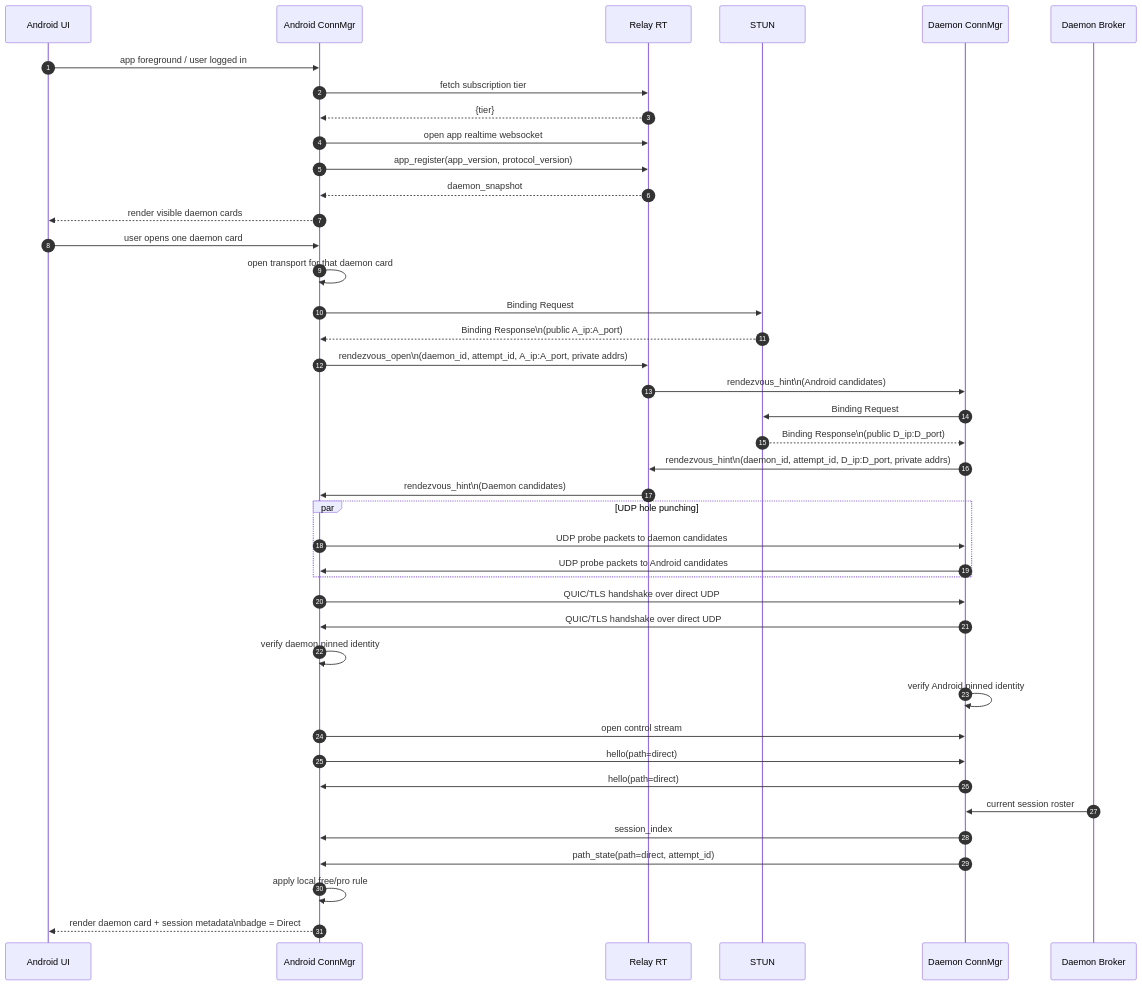
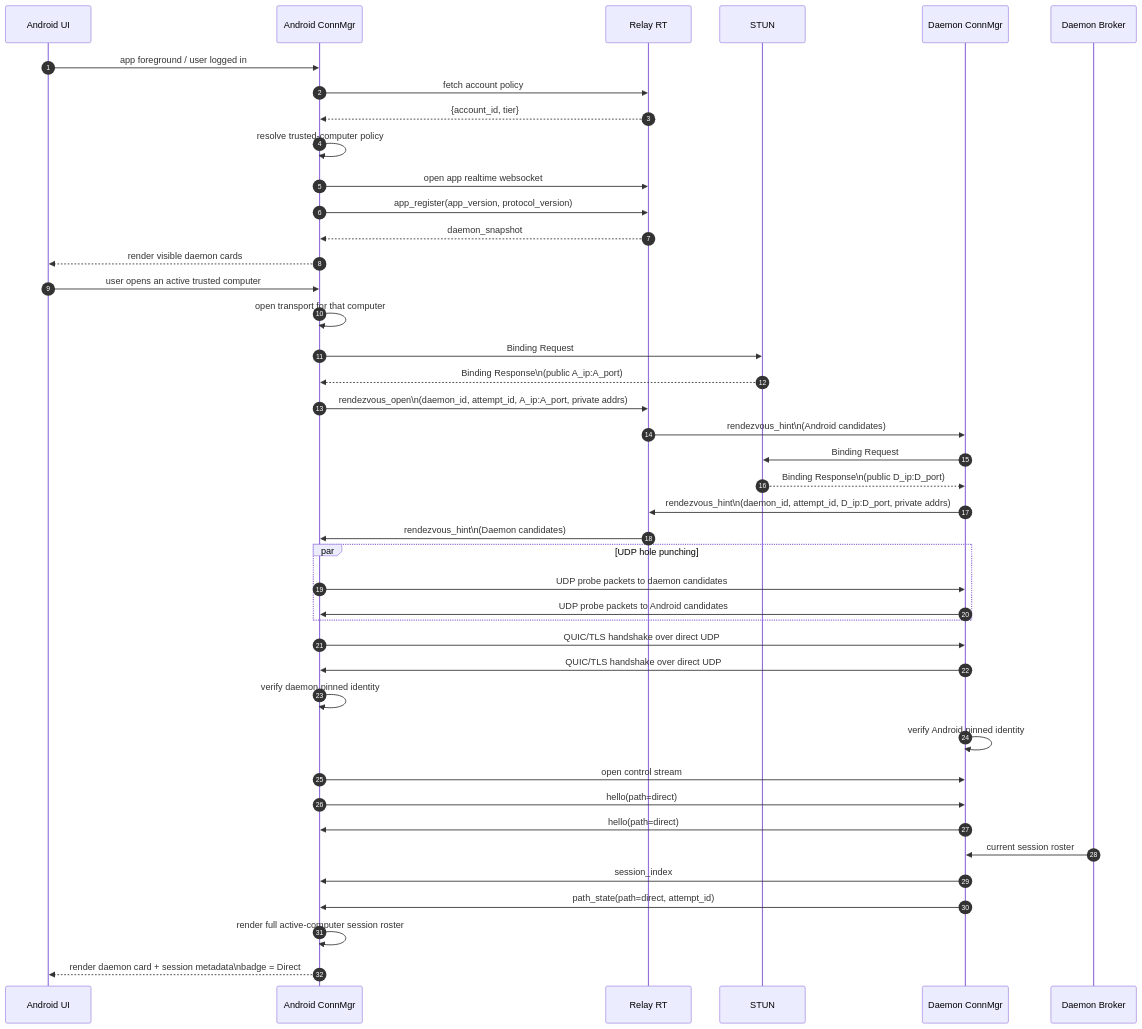
The third of 9 diagrams in docs/connectivity/reference/sequence-flows.md (yuanbohan/agent-tunnel), drawn with Mermaid before and after one commit. The commit also changed other lines of this file and 23 other files, not shown here.

Commit message:
refactor: simplify free/pro tier

````diff
--- a/docs/connectivity/reference/sequence-flows.md
+++ b/docs/connectivity/reference/sequence-flows.md
@@ -107,49 +107,50 @@
 ```mermaid
 sequenceDiagram
     autonumber
     participant AndroidUI as Android UI
     participant AndroidConn as Android ConnMgr
     participant RelayRT as Relay RT
     participant STUN
     participant DaemonConn as Daemon ConnMgr
     participant DaemonBroker as Daemon Broker
 
     AndroidUI->>AndroidConn: app foreground / user logged in
-    AndroidConn->>RelayRT: fetch subscription tier
-    RelayRT-->>AndroidConn: {tier}
+    AndroidConn->>RelayRT: fetch account policy
+    RelayRT-->>AndroidConn: {account_id, tier}
+    AndroidConn->>AndroidConn: resolve trusted-computer policy
     AndroidConn->>RelayRT: open app realtime websocket
     AndroidConn->>RelayRT: app_register(app_version, protocol_version)
     RelayRT-->>AndroidConn: daemon_snapshot
     AndroidConn-->>AndroidUI: render visible daemon cards
 
-    AndroidUI->>AndroidConn: user opens one daemon card
-    AndroidConn->>AndroidConn: open transport for that daemon card
+    AndroidUI->>AndroidConn: user opens an active trusted computer
+    AndroidConn->>AndroidConn: open transport for that computer
     AndroidConn->>STUN: Binding Request
     STUN-->>AndroidConn: Binding Response\n(public A_ip:A_port)
 
     AndroidConn->>RelayRT: rendezvous_open\n(daemon_id, attempt_id, A_ip:A_port, private addrs)
     RelayRT->>DaemonConn: rendezvous_hint\n(Android candidates)
     DaemonConn->>STUN: Binding Request
     STUN-->>DaemonConn: Binding Response\n(public D_ip:D_port)
     DaemonConn->>RelayRT: rendezvous_hint\n(daemon_id, attempt_id, D_ip:D_port, private addrs)
     RelayRT->>AndroidConn: rendezvous_hint\n(Daemon candidates)
 
     par UDP hole punching
         AndroidConn->>DaemonConn: UDP probe packets to daemon candidates
         DaemonConn->>AndroidConn: UDP probe packets to Android candidates
     end
 
     AndroidConn->>DaemonConn: QUIC/TLS handshake over direct UDP
     DaemonConn->>AndroidConn: QUIC/TLS handshake over direct UDP
     AndroidConn->>AndroidConn: verify daemon pinned identity
     DaemonConn->>DaemonConn: verify Android pinned identity
 
     AndroidConn->>DaemonConn: open control stream
     AndroidConn->>DaemonConn: hello(path=direct)
     DaemonConn->>AndroidConn: hello(path=direct)
     DaemonBroker->>DaemonConn: current session roster
     DaemonConn->>AndroidConn: session_index
     DaemonConn->>AndroidConn: path_state(path=direct, attempt_id)
-    AndroidConn->>AndroidConn: apply local free/pro rule
+    AndroidConn->>AndroidConn: render full active-computer session roster
     AndroidConn-->>AndroidUI: render daemon card + session metadata\nbadge = Direct
 ```
````
